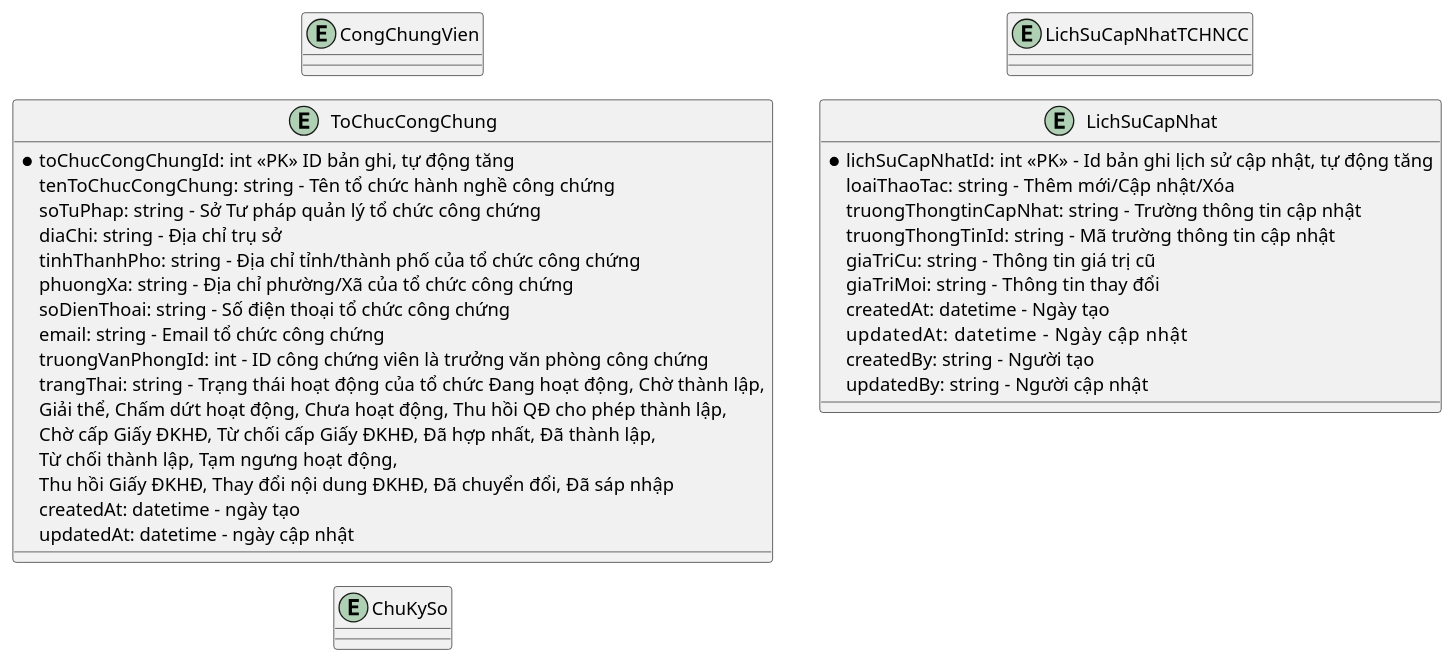
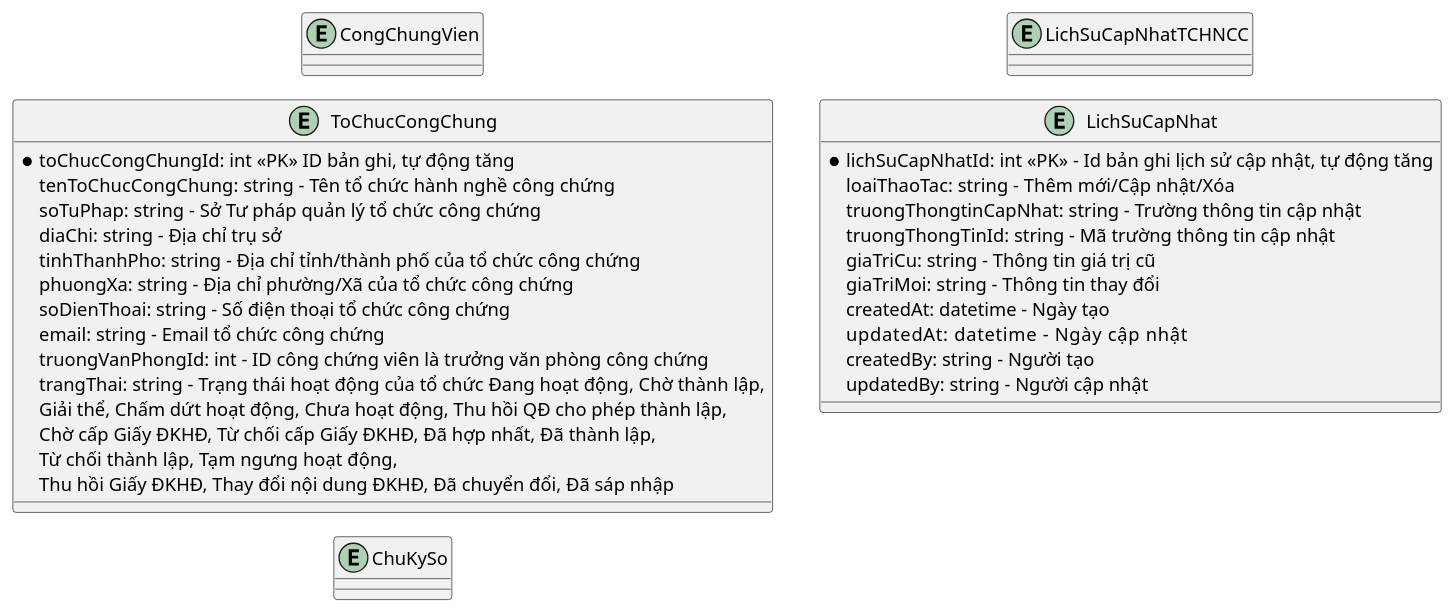
Before and after one commit to phuongpm23/nds-docs-test: the diagram in ba/[NDS-E-00016] Quản lý tổ chức hành nghề công chứng/3.ldm.puml, drawn with PlantUML. The commit also changed 1 other file, not shown here.

```diff
--- a/ba/[NDS-E-00016] Quản lý tổ chức hành nghề công chứng/3.ldm.puml
+++ b/ba/[NDS-E-00016] Quản lý tổ chức hành nghề công chứng/3.ldm.puml
@@ -1,42 +1,40 @@
 @startuml ldm
 !pragma layout smetana
 left to right direction
 
 entity CongChungVien
 entity ToChucCongChung
 entity ChuKySo
 entity LichSuCapNhatTCHNCC
 
 entity LichSuCapNhat {
   *lichSuCapNhatId: int <<PK>> - Id bản ghi lịch sử cập nhật, tự động tăng
   loaiThaoTac: string - Thêm mới/Cập nhật/Xóa
   truongThongtinCapNhat: string - Trường thông tin cập nhật
   truongThongTinId: string - Mã trường thông tin cập nhật
   giaTriCu: string - Thông tin giá trị cũ
   giaTriMoi: string - Thông tin thay đổi
   createdAt: datetime - Ngày tạo
   updatedAt: datetime      - Ngày cập nhật
   createdBy: string - Người tạo
   updatedBy: string - Người cập nhật
 }
 
 entity ToChucCongChung {
   *toChucCongChungId: int <<PK>> ID bản ghi, tự động tăng
   tenToChucCongChung: string - Tên tổ chức hành nghề công chứng
   soTuPhap: string - Sở Tư pháp quản lý tổ chức công chứng
   diaChi: string - Địa chỉ trụ sở
   tinhThanhPho: string - Địa chỉ tỉnh/thành phố của tổ chức công chứng
   phuongXa: string - Địa chỉ phường/Xã của tổ chức công chứng
   soDienThoai: string - Số điện thoại tổ chức công chứng
   email: string - Email tổ chức công chứng
   truongVanPhongId: int - ID công chứng viên là trưởng văn phòng công chứng
   trangThai: string - Trạng thái hoạt động của tổ chức Đang hoạt động, Chờ thành lập, 
     Giải thể, Chấm dứt hoạt động, Chưa hoạt động, Thu hồi QĐ cho phép thành lập, 
     Chờ cấp Giấy ĐKHĐ, Từ chối cấp Giấy ĐKHĐ, Đã hợp nhất, Đã thành lập, 
     Từ chối thành lập, Tạm ngưng hoạt động, 
     Thu hồi Giấy ĐKHĐ, Thay đổi nội dung ĐKHĐ, Đã chuyển đổi, Đã sáp nhập
-  createdAt: datetime - ngày tạo
-  updatedAt: datetime - ngày cập nhật
 }
 
 @enduml
```
